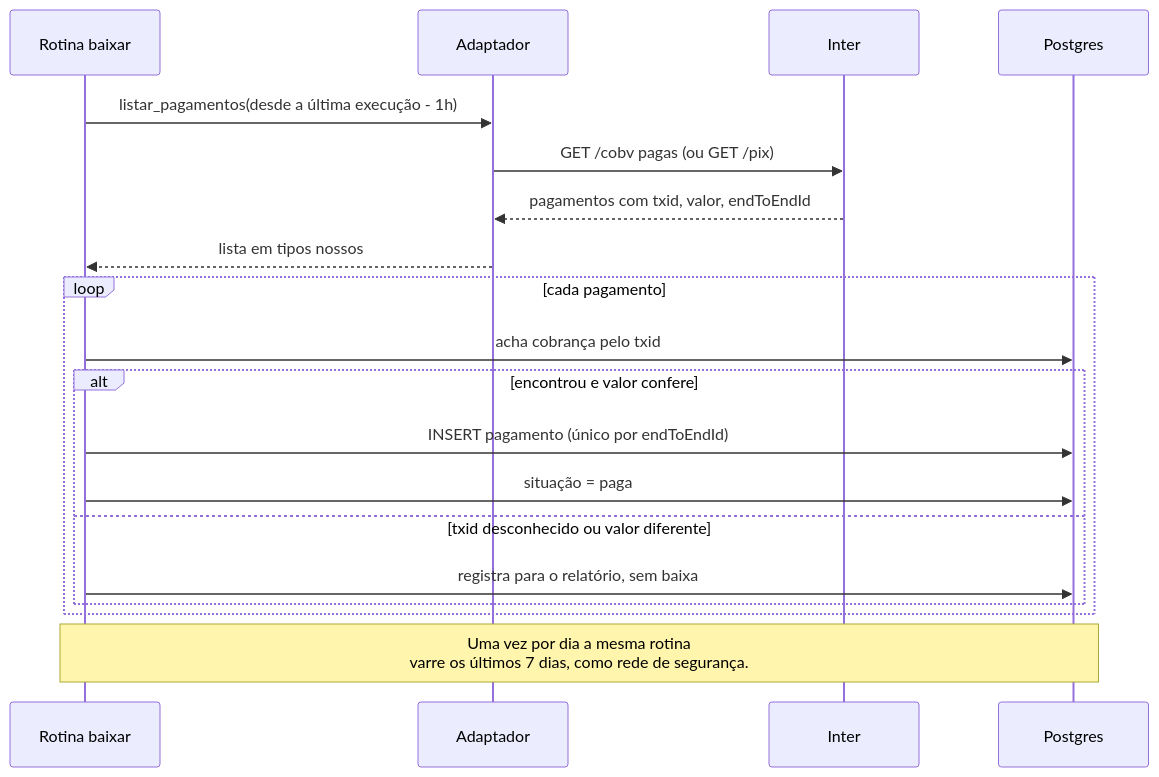
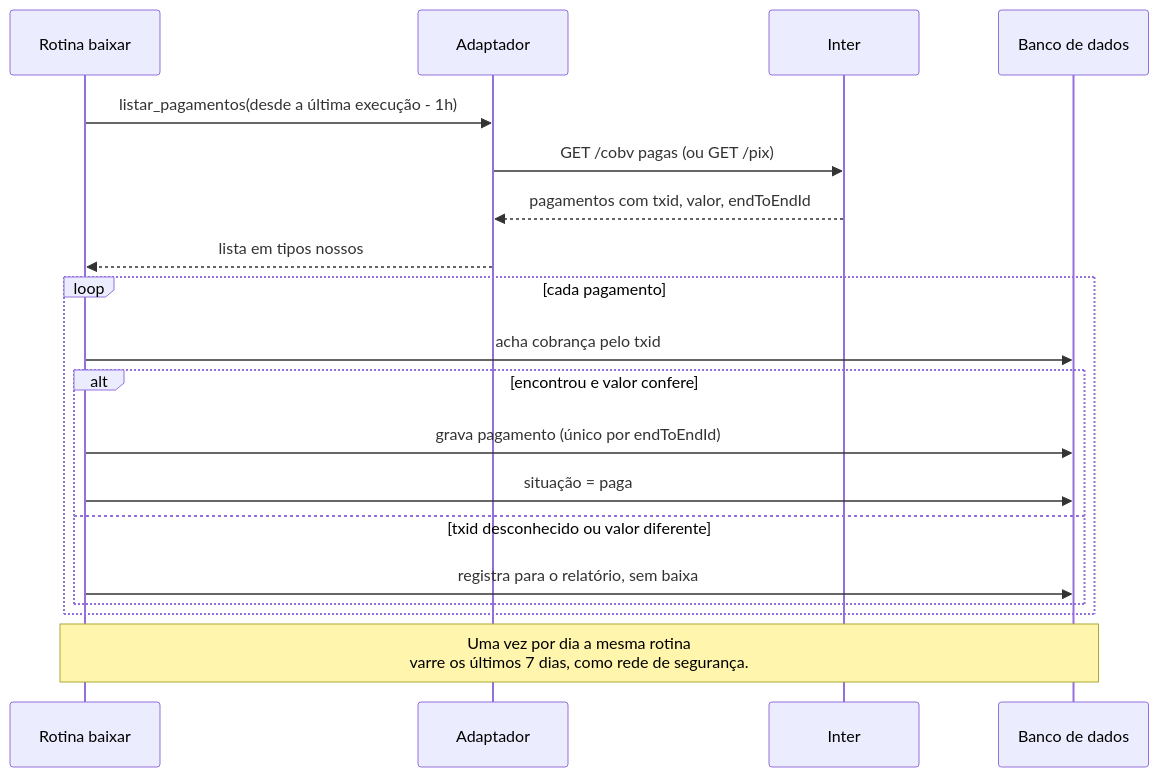
One commit to leonardorudolfocardoso/pix-em-dia changed the fifth of 9 diagrams in docs/processos.md. Above: the diagram before and after it, drawn with Mermaid. The commit also changed other lines of this file and 3 other files, not shown here.

````diff
--- a/docs/processos.md
+++ b/docs/processos.md
@@ -130,21 +130,21 @@
 ```mermaid
 sequenceDiagram
   participant J as Rotina baixar
   participant A as Adaptador
   participant I as Inter
-  participant D as Postgres
+  participant D as Banco de dados
   J->>A: listar_pagamentos(desde a última execução - 1h)
   A->>I: GET /cobv pagas (ou GET /pix)
   I-->>A: pagamentos com txid, valor, endToEndId
   A-->>J: lista em tipos nossos
   loop cada pagamento
     J->>D: acha cobrança pelo txid
     alt encontrou e valor confere
-      J->>D: INSERT pagamento (único por endToEndId)
+      J->>D: grava pagamento (único por endToEndId)
       J->>D: situação = paga
     else txid desconhecido ou valor diferente
       J->>D: registra para o relatório, sem baixa
     end
   end
   Note over J,D: Uma vez por dia a mesma rotina<br/>varre os últimos 7 dias, como rede de segurança.
 ```
````
